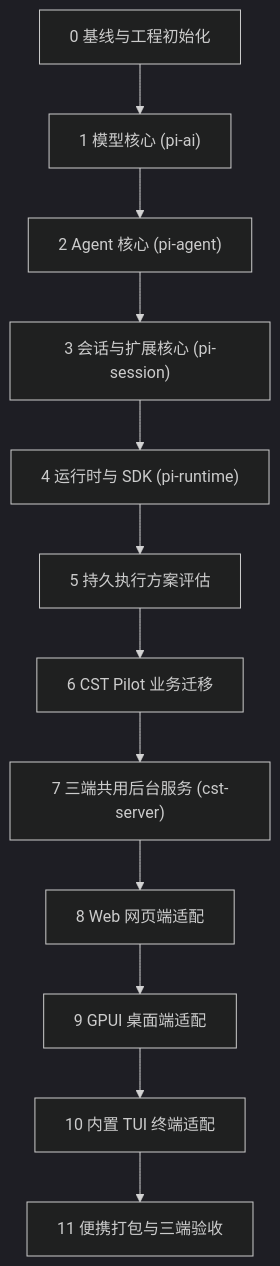
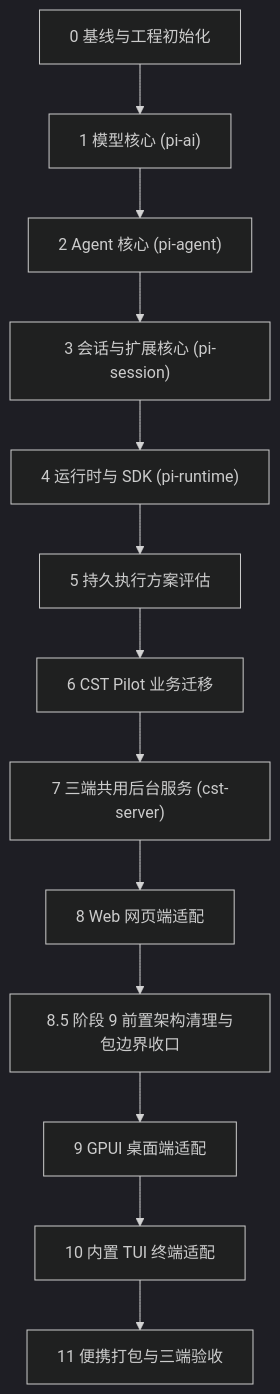
The diagram in doc/rust/plan/0.PLAN.md (SCAU-Computer-Serving-Team/cst-pilot), drawn with Mermaid (dark theme) before and after one commit. The commit also changed other lines of this file and 18 other files, not shown here.

````diff
--- a/doc/rust/plan/0.PLAN.md
+++ b/doc/rust/plan/0.PLAN.md
@@ -26,14 +27,15 @@
 ```mermaid
 flowchart TD
     P0["0 基线与工程初始化"] --> P1["1 模型核心 (pi-ai)"]
     P1 --> P2["2 Agent 核心 (pi-agent)"]
     P2 --> P3["3 会话与扩展核心 (pi-session)"]
     P3 --> P4["4 运行时与 SDK (pi-runtime)"]
     P4 --> P5["5 持久执行方案评估"]
     P5 --> P6["6 CST Pilot 业务迁移"]
     P6 --> P7["7 三端共用后台服务 (cst-server)"]
     P7 --> P8["8 Web 网页端适配"]
-    P8 --> P9["9 GPUI 桌面端适配"]
+    P8 --> P85["8.5 阶段 9 前置架构清理与包边界收口"]
+    P85 --> P9["9 GPUI 桌面端适配"]
     P9 --> P10["10 内置 TUI 终端适配"]
     P10 --> P11["11 便携打包与三端验收"]
 ```
````
